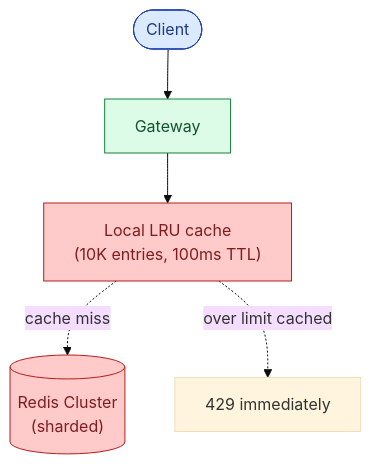
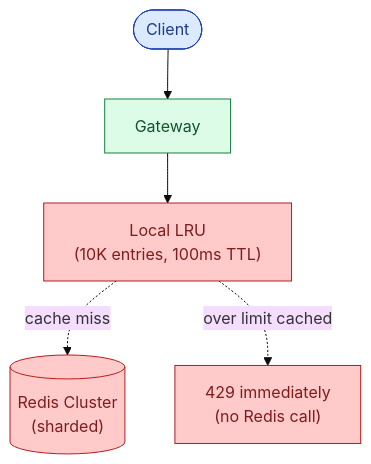
The seventh of 12 diagrams in problems/004-rate-limiter/question.md (shiningflash/system-design), drawn with Mermaid (base theme) before and after one commit. The commit also changed other lines of this file and 37 other files, not shown here.

````diff
--- a/problems/004-rate-limiter/question.md
+++ b/problems/004-rate-limiter/question.md
@@ -245,11 +271,12 @@
 ```mermaid
 flowchart TB
     C([Client]):::user --> GW["Gateway"]:::app
-    GW --> LRU["Local LRU cache<br/>(10K entries, 100ms TTL)"]:::cache
+    GW --> LRU["Local LRU<br/>(10K entries, 100ms TTL)"]:::cache
     LRU -.cache miss.-> R[("Redis Cluster<br/>(sharded)")]:::cache
-    LRU -.over limit cached.-> Rej["429 immediately"]
+    LRU -.over limit cached.-> Rej["429 immediately<br/>(no Redis call)"]:::bad
 
     classDef user  fill:#dbeafe,stroke:#1e40af,color:#1e3a8a
     classDef app   fill:#dcfce7,stroke:#15803d,color:#14532d
     classDef cache fill:#fecaca,stroke:#b91c1c,color:#7f1d1d
+    classDef bad   fill:#fecaca,stroke:#b91c1c,color:#7f1d1d
 ```
````
